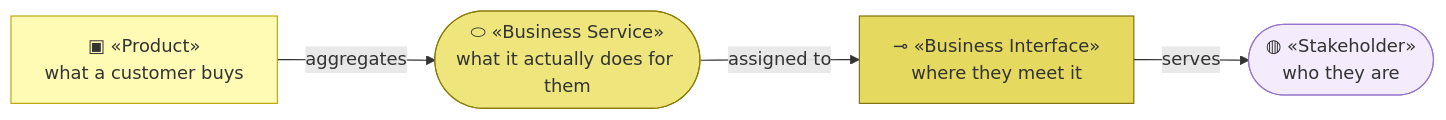
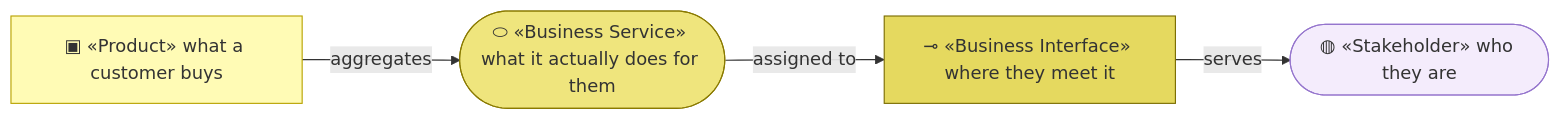
One commit to roanboc/architecture-archreator changed the first of 3 diagrams in org-archreator/architecture/2_business/2_business-services.md. Above: the diagram before and after it, drawn with Mermaid. The commit also changed other lines of this file and 38 other files, not shown here.

````diff
--- a/org-archreator/architecture/2_business/2_business-services.md
+++ b/org-archreator/architecture/2_business/2_business-services.md
@@ -14,16 +14,16 @@
 ```mermaid
 flowchart LR
-  prod["▣ «Product»<br>what a customer buys"]:::product
-  svc(["⬭ «Business Service»<br>what it actually does for them"]):::service
-  bif["⊸ «Business Interface»<br>where they meet it"]:::interface
-  stk(["◍ «Stakeholder»<br>who they are"]):::stakeholder
+  prod["▣ «Product» what a customer buys"]:::product
+  svc(["⬭ «Business Service» what it actually does for them"]):::service
+  bif["⊸ «Business Interface» where they meet it"]:::interface
+  stk(["◍ «Stakeholder» who they are"]):::stakeholder
 
   prod -->|aggregates| svc
   svc -->|assigned to| bif
   bif -->|serves| stk
 
   classDef product fill:#fffbb5,stroke:#b8a200,color:#333
   classDef service fill:#efe57d,stroke:#8a7a00,color:#333
   classDef interface fill:#e5d95f,stroke:#7a6c00,color:#333
   classDef stakeholder fill:#f4ecfc,stroke:#9575cd,color:#333
 ```
````
